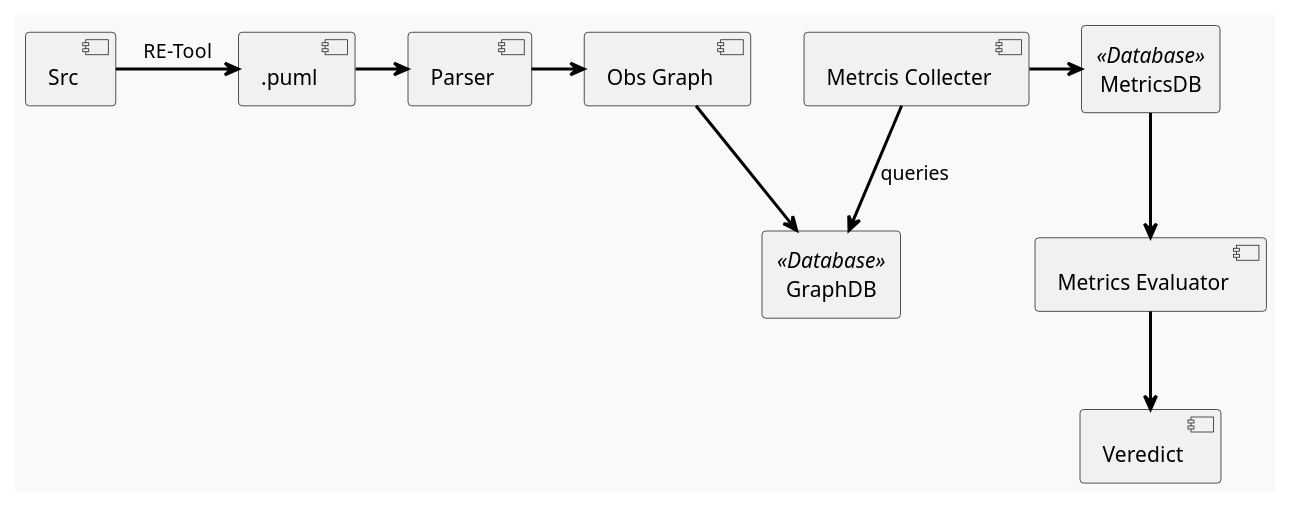
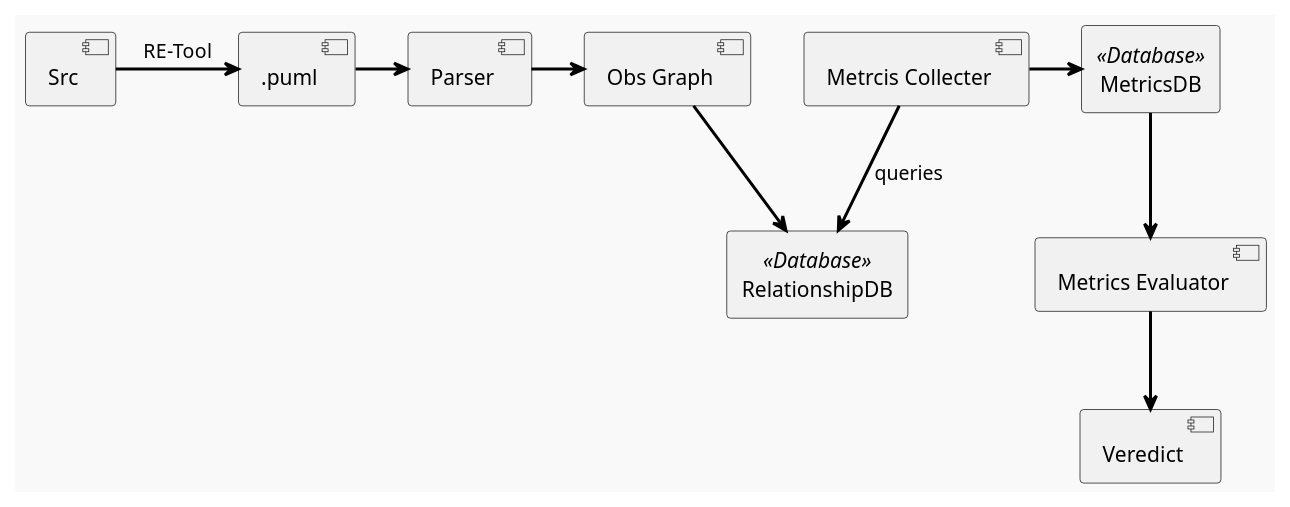
Before and after one commit to GonzaloGarciaZurlo/CodeDesignDeltaEvaluator: the diagram in Desing/ComunicationDiagram.plantuml, drawn with PlantUML. The commit also changed 10 other files, not shown here.

```diff
--- a/Desing/ComunicationDiagram.plantuml
+++ b/Desing/ComunicationDiagram.plantuml
@@ -1,26 +1,26 @@
 @startuml ComunicationDiagram
 skinparam packageStyle rectangle
 skinparam shadowing false
 skinparam backgroundColor #F9F9F9
 skinparam packageBackgroundColor #DDDDDD
 skinparam packageBorderColor #000000
 skinparam arrowColor #000000
 skinparam arrowThickness 2
 
-package "GraphDB" <<Database>> {
+package "RelationshipDB" <<Database>> {
 }
 
 package "MetricsDB" <<Database>> {
 
 }
 
 [Src] -> [.puml] : RE-Tool
 [.puml] -> [Parser]
 [Parser] -> [Obs Graph]
-[Obs Graph] --> [GraphDB]
-[Metrcis Collecter] --> [GraphDB] : queries
+[Obs Graph] --> [RelationshipDB]
+[Metrcis Collecter] --> [RelationshipDB] : queries
 [Metrcis Collecter] -> [MetricsDB]
 [MetricsDB] --> [Metrics Evaluator]
 [Metrics Evaluator] --> [Veredict]
 
 @enduml
```
